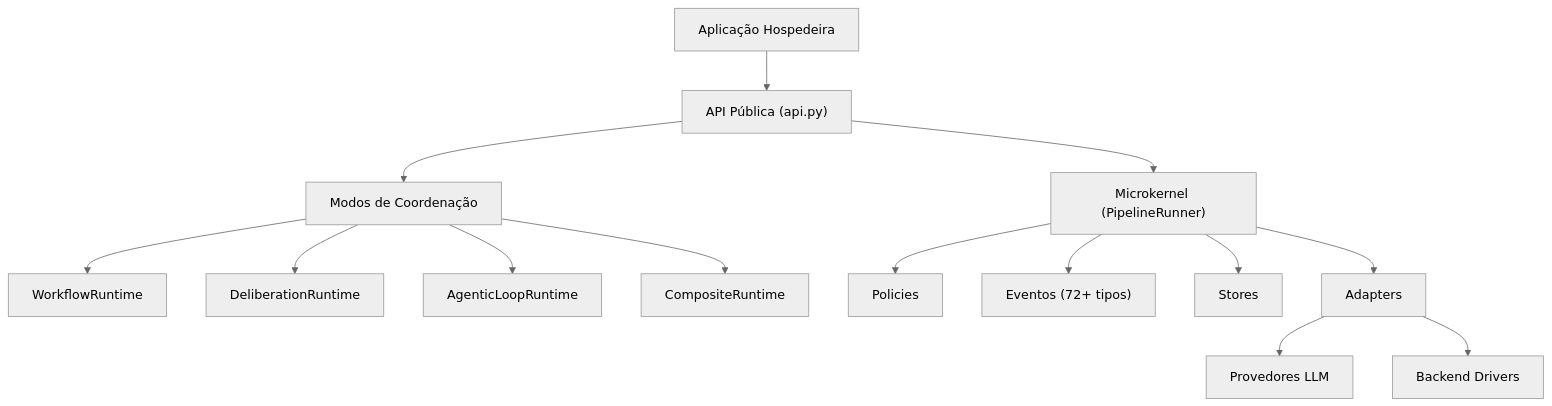
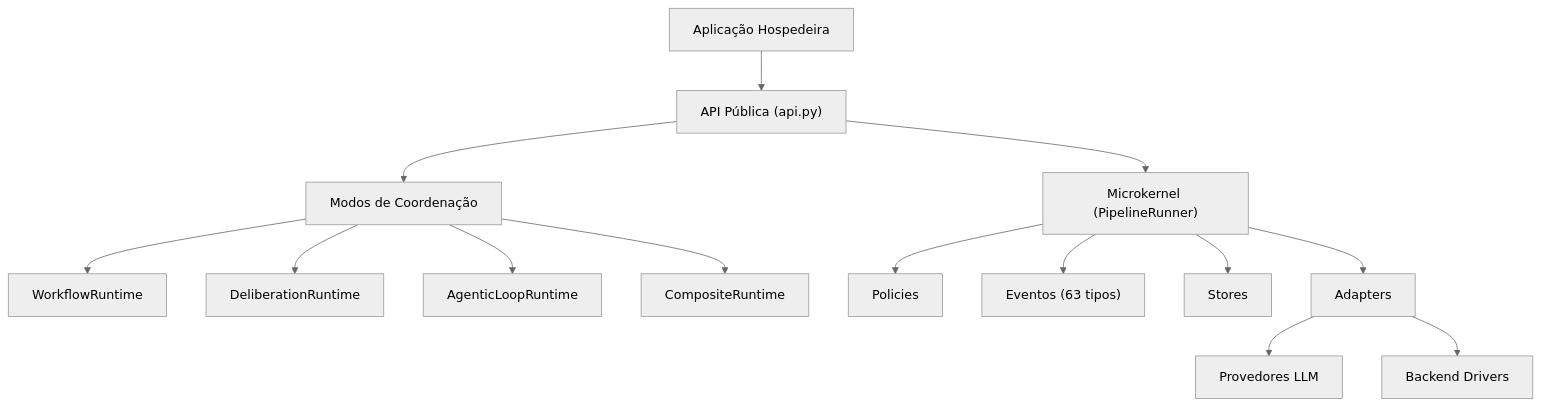
The diagram in docs/pt/architecture/README.md (brunocapelao/miniAutoGen), drawn with Mermaid (neutral theme) before and after one commit. The commit also changed other lines of this file and 7 other files, not shown here.

First line of the commit message:
docs: align architecture docs with current implementation state

````diff
--- a/docs/pt/architecture/README.md
+++ b/docs/pt/architecture/README.md
@@ -57,16 +57,16 @@
 ```mermaid
 flowchart TB
     App["Aplicação Hospedeira"] --> API["API Pública (api.py)"]
     API --> Modes["Modos de Coordenação"]
     API --> Kernel["Microkernel (PipelineRunner)"]
     Modes --> WF["WorkflowRuntime"]
     Modes --> DL["DeliberationRuntime"]
     Modes --> AL["AgenticLoopRuntime"]
     Modes --> CR["CompositeRuntime"]
     Kernel --> Policies["Policies"]
-    Kernel --> Events["Eventos (72+ tipos)"]
+    Kernel --> Events["Eventos (63 tipos)"]
     Kernel --> Stores["Stores"]
     Kernel --> Adapters["Adapters"]
     Adapters --> LLM["Provedores LLM"]
     Adapters --> Backends["Backend Drivers"]
 ```
````
